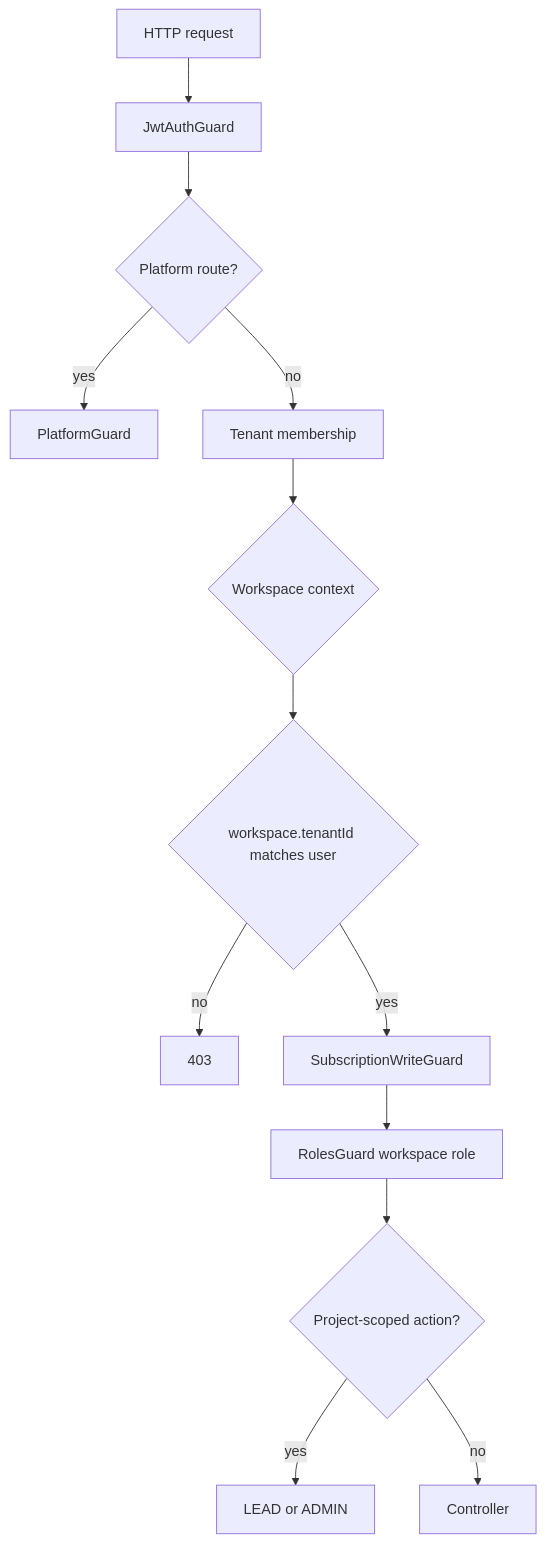
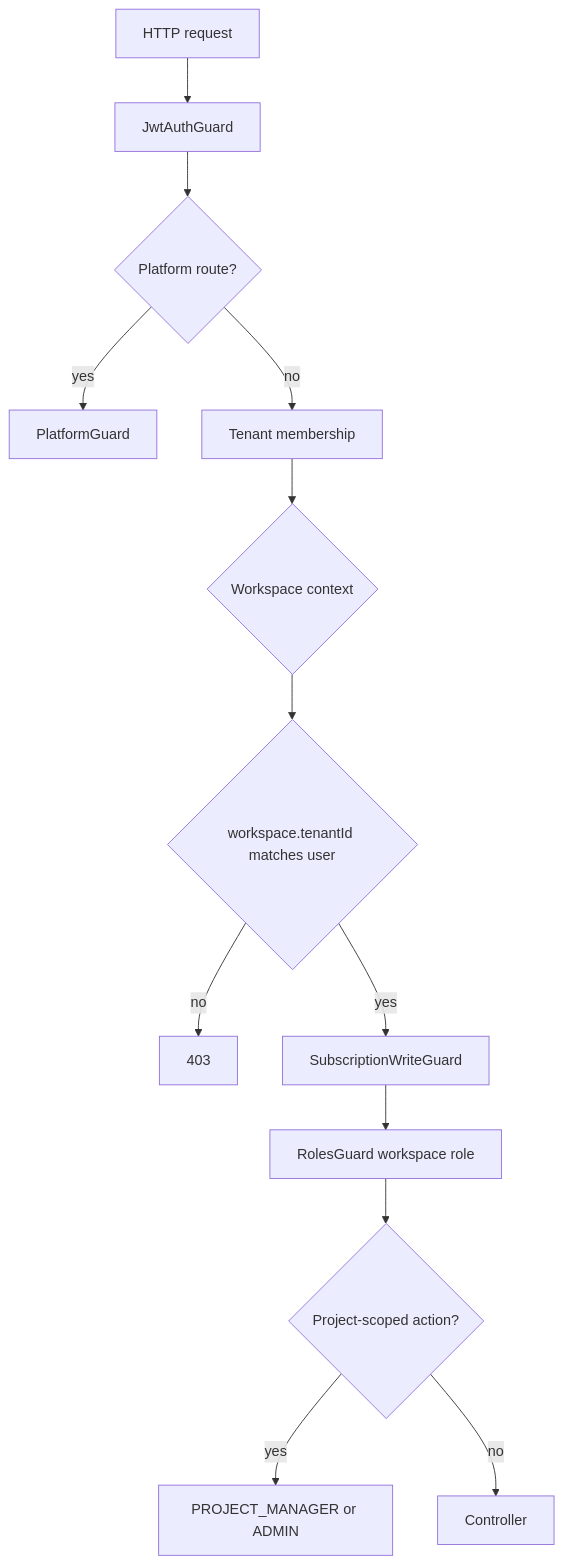
Before and after one commit to SCITAIGROUP1/ChronoMint: the seventh of 7 diagrams in docs/architecture/TENANT_RBAC.md, drawn with Mermaid. The commit also changed other lines of this file and 82 other files, not shown here.

Commit message:
refactor: rename Lead to Project Manager and fix TS/test issues

````diff
--- a/docs/architecture/TENANT_RBAC.md
+++ b/docs/architecture/TENANT_RBAC.md
@@ -256,15 +256,15 @@
 ```mermaid
 flowchart TD
   Req[HTTP request] --> JwtGuard[JwtAuthGuard]
   JwtGuard --> PlatformRoute{Platform route?}
   PlatformRoute -->|yes| PlatformGuard[PlatformGuard]
   PlatformRoute -->|no| TenantMember[Tenant membership]
   TenantMember --> WsSwitch{Workspace context}
   WsSwitch --> TenantMatch{workspace.tenantId matches user}
   TenantMatch -->|no| Deny403[403]
   TenantMatch -->|yes| SubGuard[SubscriptionWriteGuard]
   SubGuard --> RolesGuard[RolesGuard workspace role]
   RolesGuard --> ProjectCheck{Project-scoped action?}
-  ProjectCheck -->|yes| LeadCheck[LEAD or ADMIN]
+  ProjectCheck -->|yes| PMCheck[PROJECT_MANAGER or ADMIN]
   ProjectCheck -->|no| Handler[Controller]
 ```
````
